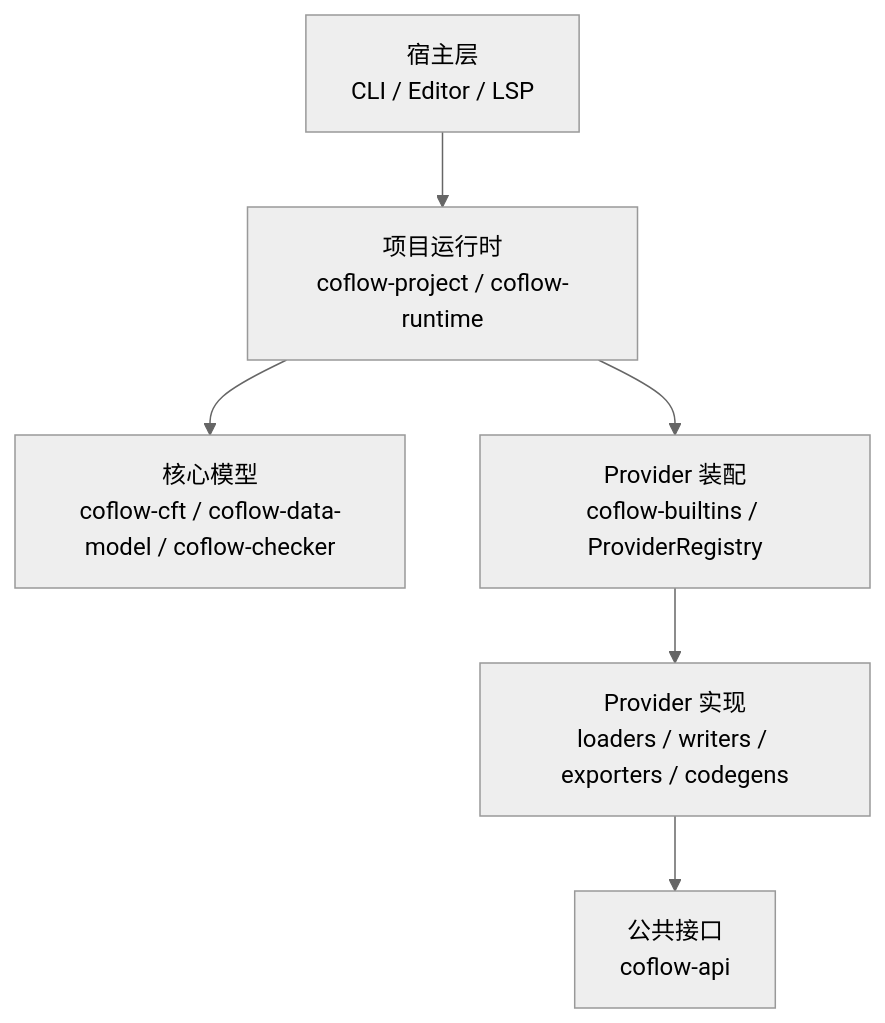
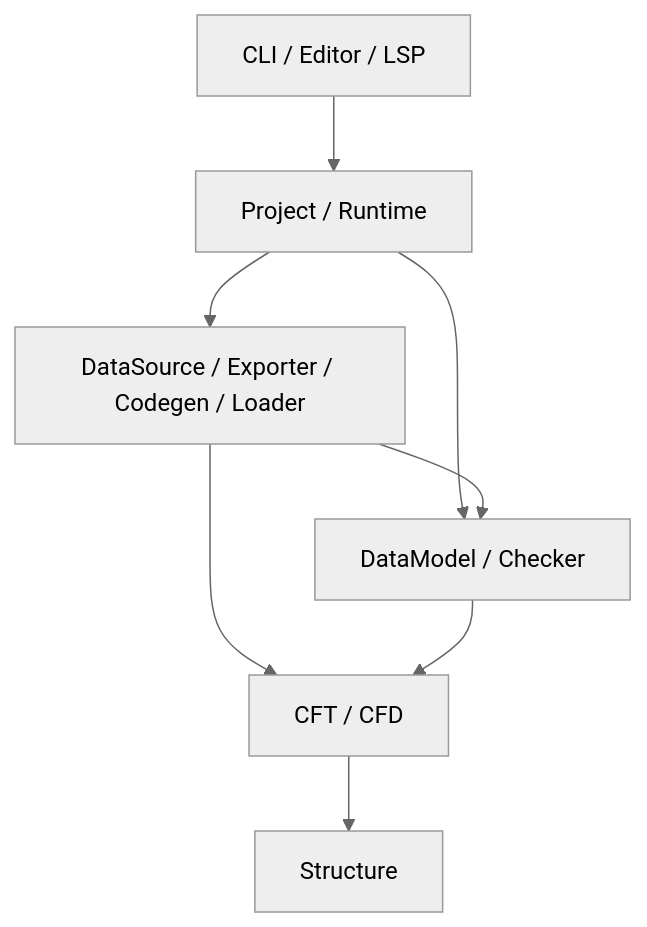
One commit to Puring103/coflow changed the first of 2 diagrams in website/docs/docs/reference/12-architecture.md. Above: the diagram before and after it, drawn with Mermaid (neutral theme). The commit also changed other lines of this file, not shown here.

Commit message:
docs: simplify architecture reference

````diff
--- a/website/docs/docs/reference/12-architecture.md
+++ b/website/docs/docs/reference/12-architecture.md
@@ -44,8 +5,10 @@
 ```mermaid
 flowchart TD
-  Hosts["宿主层<br/>CLI / Editor / LSP"] --> Runtime["项目运行时<br/>coflow-project / coflow-runtime"]
-  Runtime --> Core["核心模型<br/>coflow-cft / coflow-data-model / coflow-checker"]
-  Runtime --> Registry["Provider 装配<br/>coflow-builtins / ProviderRegistry"]
-  Registry --> Providers["Provider 实现<br/>loaders / writers / exporters / codegens"]
-  Providers --> API["公共接口<br/>coflow-api"]
+  Hosts["CLI / Editor / LSP"] --> Runtime["Project / Runtime"]
+  Runtime --> Providers["DataSource / Exporter / Codegen / Loader"]
+  Runtime --> Data["DataModel / Checker"]
+  Providers --> Data
+  Providers --> Language["CFT / CFD"]
+  Data --> Language
+  Language --> Structure["Structure"]
 ```
````
